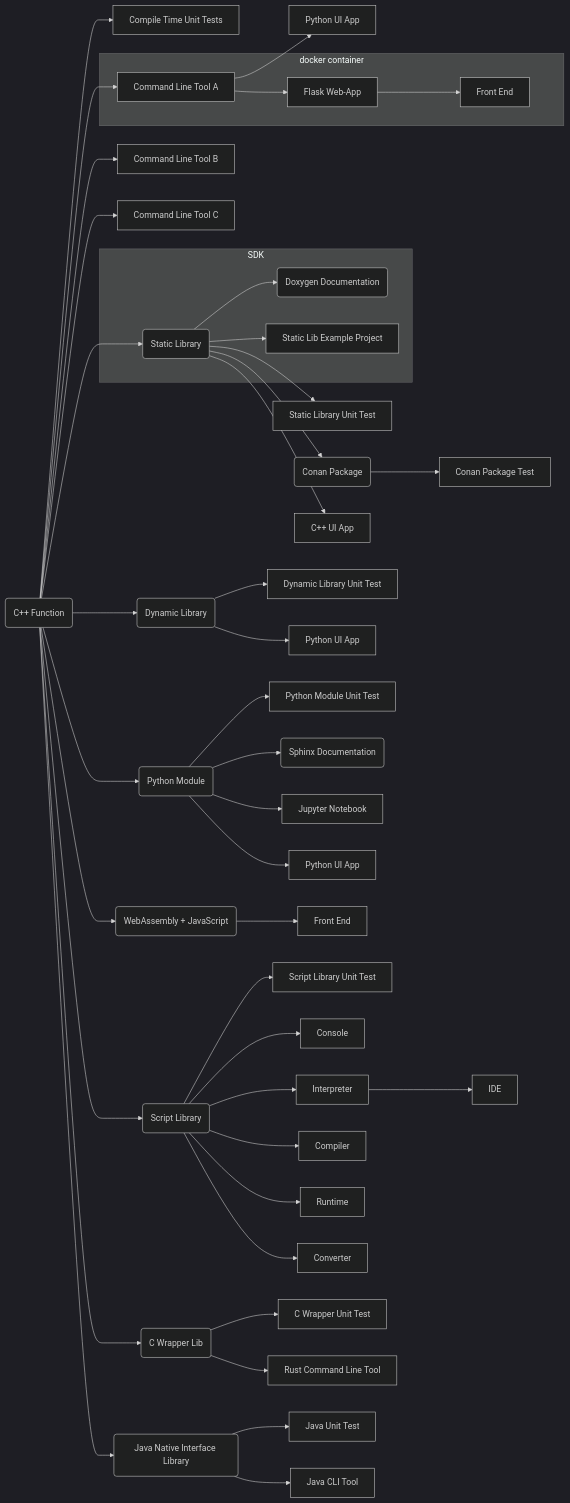
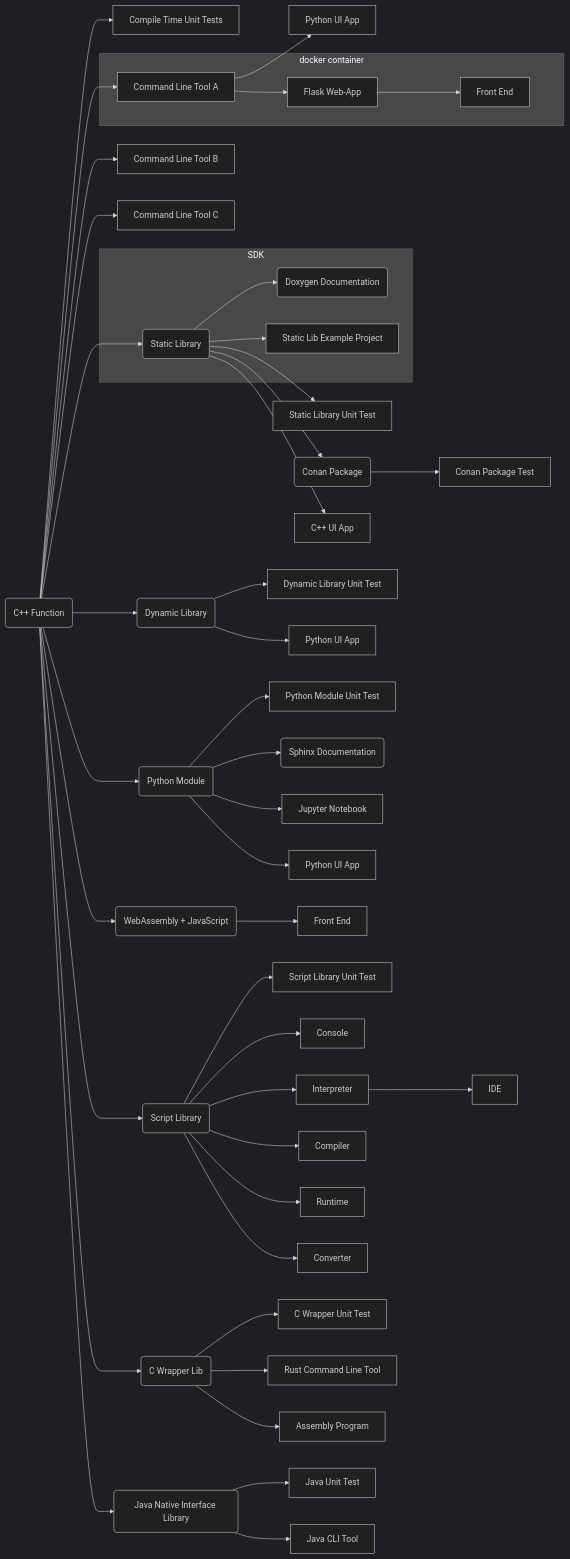
Before and after one commit to SebastianBach/full-stack: the diagram in README.md, drawn with Mermaid (dark theme). The commit also changed other lines of this file and 7 other files, not shown here.

Commit message:
asm program

````diff
--- a/README.md
+++ b/README.md
@@ -53,63 +54,64 @@
 ```mermaid
   flowchart LR;
 
     F(C++ Function) --> CUT[Compile Time Unit Tests];
 
     F --> CLI1[Command Line Tool A]
     F --> CLI2[Command Line Tool B]
     F --> CLI3[Command Line Tool C]
 
     CLI1 --> PYAPP2[Python UI App]
 
     F --> LIB(Static Library)
     
     subgraph SDK
     LIB --> DOXYGEN(Doxygen Documentation)
     LIB --> LIBEX[Static Lib Example Project]
     end
 
     LIB --> LIBTEST[Static Library Unit Test]
     LIB --> C(Conan Package)
 
     LIB --> QTCPP[C++ UI App]
 
     F --> DLL(Dynamic Library)
     DLL --> DLLTEST[Dynamic Library Unit Test]
     DLL --> QTPYDLL[Python UI App]
 
     C --> CT[Conan Package Test]
 
     F --> PY(Python Module)
 
     subgraph docker container
     CLI1 --> SERVER[Flask Web-App]
     SERVER --> FRONT[Front End]
     end
 
     PY --> PYTEST[Python Module Unit Test]
     PY --> SPHINX(Sphinx Documentation)
     PY --> NOTEBOOK[Jupyter Notebook] 
     PY --> PYAPP[Python UI App]
 
     F --> WASM(WebAssembly + JavaScript)
 
     WASM --> WASMF[Front End]
 
     F --> SCRIPTLIB(Script Library)
 
     SCRIPTLIB --> SCRIPT_TEST[Script Library Unit Test]
     SCRIPTLIB --> SCRIPT_CONSOLE[Console]
     SCRIPTLIB --> SCRIPT_INTERPRETER[Interpreter]
     SCRIPT_INTERPRETER --> SCRIPT_IDE[IDE]
     SCRIPTLIB --> SCRIPT_COMPILER[Compiler]
     SCRIPTLIB --> SCRIPT_RUNTIME[Runtime]
     SCRIPTLIB --> SCRIPT_CONVERT[Converter]
 
     F --> CWRAPPER(C Wrapper Lib)
     CWRAPPER --> CWRAPPER_TEST[C Wrapper Unit Test]
     CWRAPPER --> RUST_APP[Rust Command Line Tool]  
+    CWRAPPER --> ASM[Assembly Program] 
 
     F --> JAVA_LIB(Java Native Interface Library)
     JAVA_LIB --> JAVA_UNIT_TEST[Java Unit Test]  
     JAVA_LIB --> JAVA_APP[Java CLI Tool] 
 ```
````
